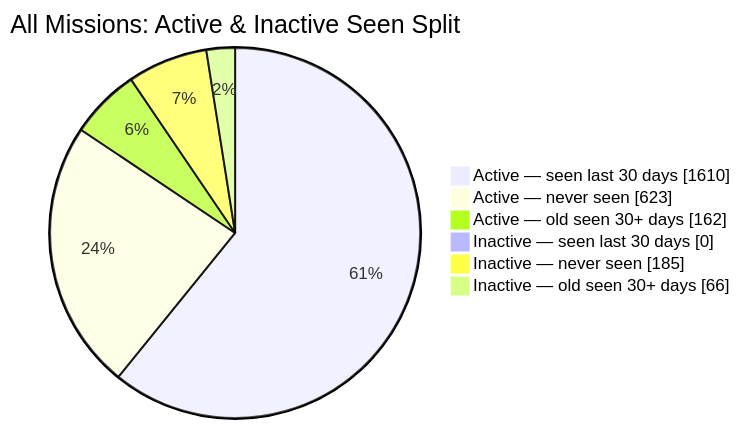
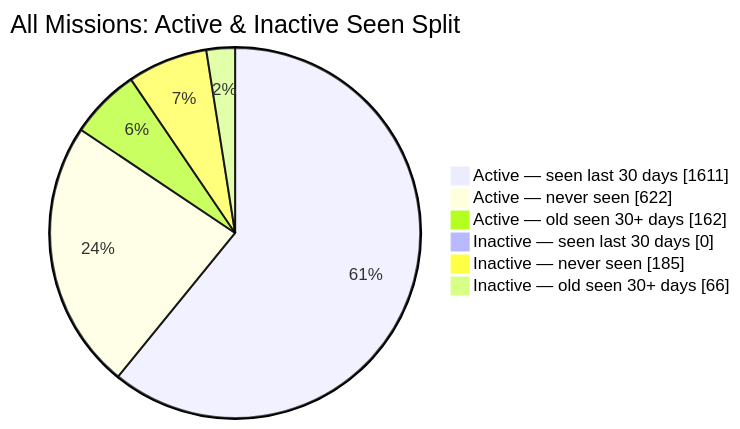
One commit to MeldkamerspelGameTeam/active-missions changed the second of 2 diagrams in README.md. Above: the diagram before and after it, drawn with Mermaid. The commit also changed other lines of this file and 2 other files, not shown here.

````diff
--- a/README.md
+++ b/README.md
@@ -44,10 +44,10 @@
 ```mermaid
 pie showData
     title All Missions: Active & Inactive Seen Split
-    "Active — seen last 30 days" : 1610
-    "Active — never seen" : 623
+    "Active — seen last 30 days" : 1611
+    "Active — never seen" : 622
     "Active — old seen 30+ days" : 162
     "Inactive — seen last 30 days" : 0
     "Inactive — never seen" : 185
     "Inactive — old seen 30+ days" : 66
 ```
````
